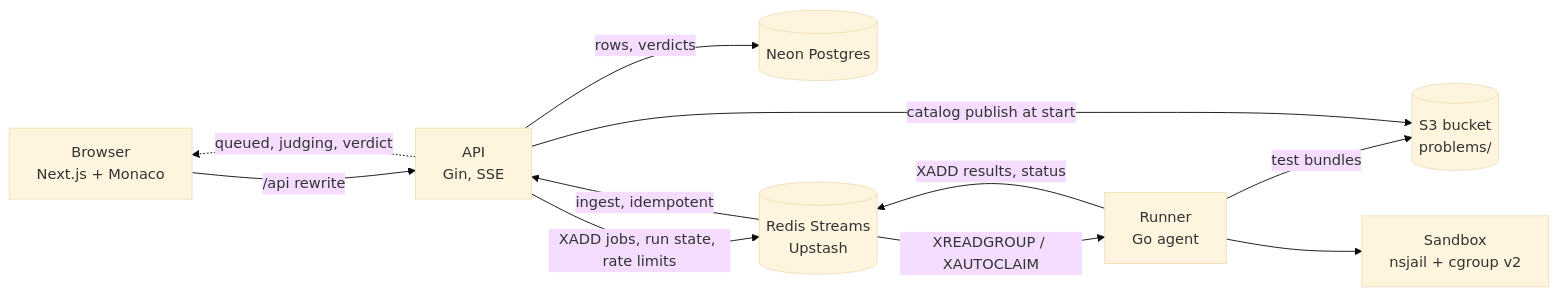
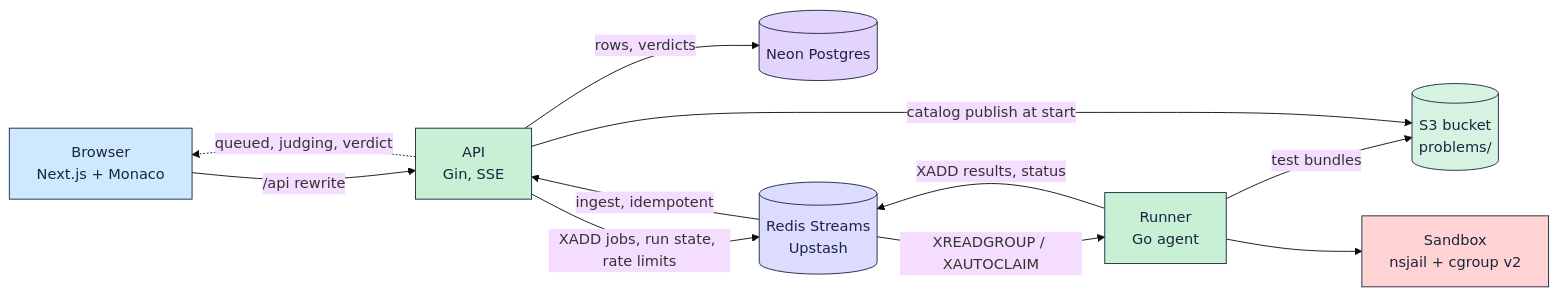
Before and after one commit to KarthikSP1911/Leetforce: the first of 3 diagrams in README.md, drawn with Mermaid (base theme). The commit also changed other lines of this file and 1 other file, not shown here.

First line of the commit message:
docs(docs): add logos, a coloured architecture picture and a docs index

````diff
--- a/README.md
+++ b/README.md
@@ -19,13 +78,29 @@
 ```mermaid
 flowchart LR
   B[Browser<br/>Next.js + Monaco] -->|/api rewrite| A[API<br/>Gin, SSE]
   A -->|rows, verdicts| N[(Neon Postgres)]
   A -->|XADD jobs, run state, rate limits| R[(Redis Streams<br/>Upstash)]
   R -->|XREADGROUP / XAUTOCLAIM| W[Runner<br/>Go agent]
   W -->|test bundles| S[(S3 bucket<br/>problems/)]
   W --> X[Sandbox<br/>nsjail + cgroup v2]
   W -->|XADD results, status| R
   R -->|ingest, idempotent| A
   A -->|catalog publish at start| S
   A -.->|queued, judging, verdict| B
+  classDef web fill:#cde8ff,stroke:#1b2540,color:#1b2540
+  classDef api fill:#c8f0d4,stroke:#1b2540,color:#1b2540
+  classDef db fill:#e2d4fb,stroke:#1b2540,color:#1b2540
+  classDef queue fill:#dcdcff,stroke:#1b2540,color:#1b2540
+  classDef run fill:#c8f0d4,stroke:#1b2540,color:#1b2540
+  classDef sandbox fill:#ffd3d3,stroke:#1b2540,color:#1b2540
+  classDef store fill:#d6f3e2,stroke:#1b2540,color:#1b2540
+  classDef work fill:#fff1b8,stroke:#1b2540,color:#1b2540
+  classDef obs fill:#ffe1c2,stroke:#1b2540,color:#1b2540
+  class B web
+  class A api
+  class N db
+  class R queue
+  class W run
+  class X sandbox
+  class S store
 ```
````
